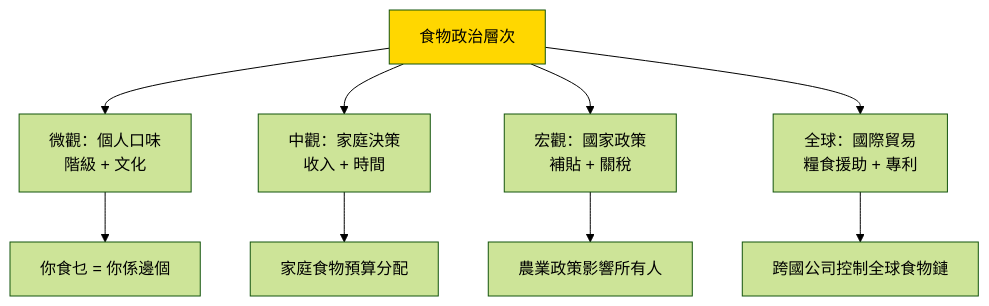
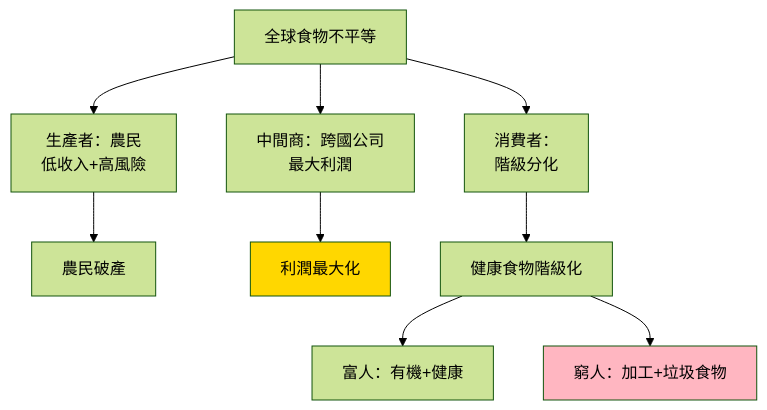
Before and after one commit to yip-lgtm/HKU-Harvard-History-Self-Study: the third of 10 diagrams in 01_HKU_Courses/HIST2077_Eating_history.md, drawn with Mermaid (forest theme). The commit also changed other lines of this file and 25 other files, not shown here.

````diff
--- a/01_HKU_Courses/HIST2077_Eating_history.md
+++ b/01_HKU_Courses/HIST2077_Eating_history.md
@@ -114,12 +190,13 @@
 ```mermaid
 graph TD
-    A["食物政治層次"] --> B["微觀：個人口味<br/>階級 + 文化"]
-    A --> C["中觀：家庭決策<br/>收入 + 時間"]
-    A --> D["宏觀：國家政策<br/>補貼 + 關稅"]
-    A --> E["全球：國際貿易<br/>糧食援助 + 專利"]
-    B --> F["你食乜 = 你係邊個"]
-    C --> G["家庭食物預算分配"]
-    D --> H["農業政策影響所有人"]
-    E --> I["跨國公司控制全球食物鏈"]
-    style A fill:#FFD700
+    A["全球食物不平等"] --> B["生產者：農民<br/>低收入+高風險"]
+    A --> C["中間商：跨國公司<br/>最大利潤"]
+    A --> D["消費者：<br/>階級分化"]
+    B --> E["農民破產"]
+    C --> F["利潤最大化"]
+    D --> G["健康食物階級化"]
+    G --> H["富人：有機+健康"]
+    G --> I["窮人：加工+垃圾食物"]
+    style F fill:#FFD700
+    style I fill:#FFB6C1
 ```
````
